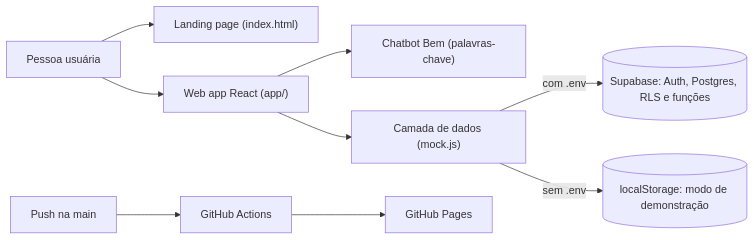
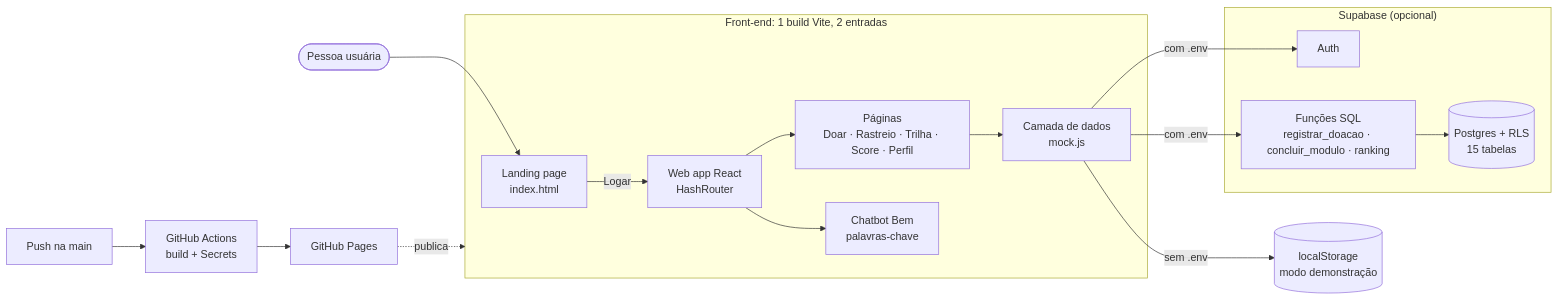
The first of 3 diagrams in README.md (EducaBem/EducaBem), drawn with Mermaid before and after one commit. The commit also changed other lines of this file and 19 other files, not shown here.

````diff
--- a/README.md
+++ b/README.md
@@ -84,10 +115,33 @@
 ```mermaid
 flowchart LR
-  U["Pessoa usuária"] --> L["Landing page (index.html)"]
-  U --> APP["Web app React (app/)"]
-  APP --> BOT["Chatbot Bem (palavras-chave)"]
-  APP --> DADOS["Camada de dados (mock.js)"]
-  DADOS -- "com .env" --> SB[("Supabase: Auth, Postgres, RLS e funções")]
-  DADOS -- "sem .env" --> LS[("localStorage: modo de demonstração")]
-  GH["Push na main"] --> CI["GitHub Actions"] --> PG["GitHub Pages"]
+  U(["Pessoa usuária"])
+
+  subgraph FRONT["Front-end: 1 build Vite, 2 entradas"]
+    L["Landing page<br/>index.html"]
+    APP["Web app React<br/>HashRouter"]
+    PAG["Páginas<br/>Doar · Rastreio · Trilha · Score · Perfil"]
+    BOT["Chatbot Bem<br/>palavras-chave"]
+    DADOS["Camada de dados<br/>mock.js"]
+    APP --> PAG
+    APP --> BOT
+    PAG --> DADOS
+  end
+
+  subgraph BACK["Supabase (opcional)"]
+    AUTH["Auth"]
+    FN["Funções SQL<br/>registrar_doacao · concluir_modulo · ranking"]
+    DB[("Postgres + RLS<br/>15 tabelas")]
+    FN --> DB
+  end
+
+  LS[("localStorage<br/>modo demonstração")]
+
+  U --> L
+  L -->|"Logar"| APP
+  DADOS -->|"com .env"| AUTH
+  DADOS -->|"com .env"| FN
+  DADOS -->|"sem .env"| LS
+
+  PUSH["Push na main"] --> CI["GitHub Actions<br/>build + Secrets"] --> PAGES["GitHub Pages"]
+  PAGES -.->|"publica"| FRONT
 ```
````
